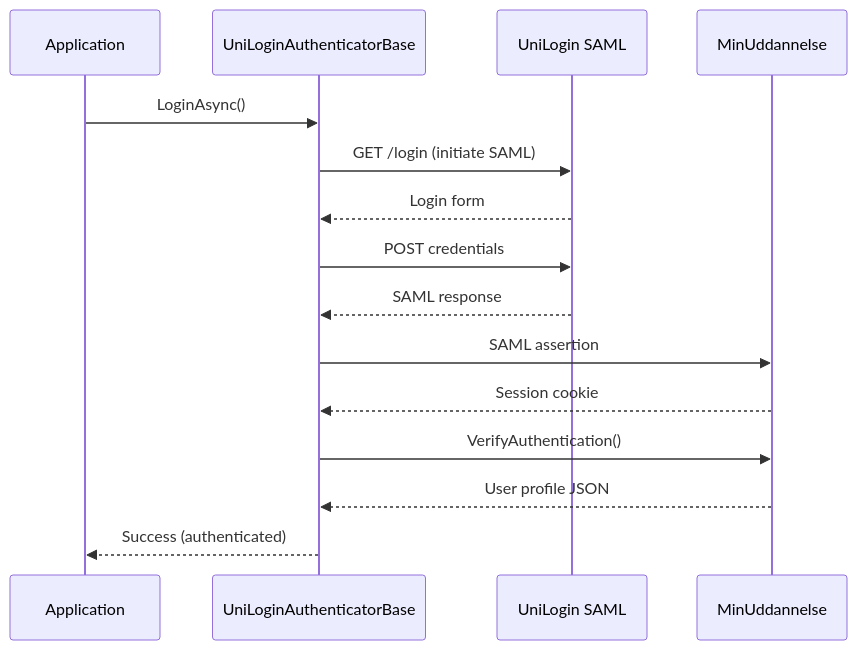
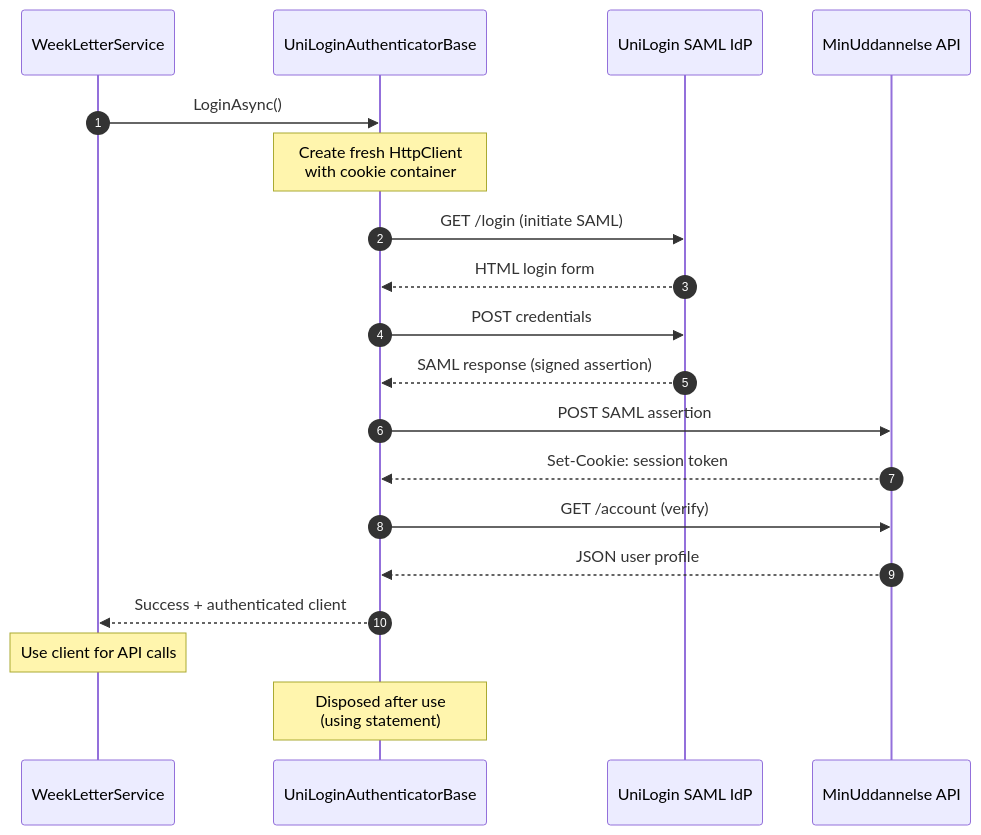
The third of 10 diagrams in doc/ARCHITECTURE.md (Hoejsgaard/aula), drawn with Mermaid before and after one commit. The commit also changed other lines of this file and 5 other files, not shown here.

````diff
--- a/doc/ARCHITECTURE.md
+++ b/doc/ARCHITECTURE.md
@@ -120,18 +243,28 @@
 ```mermaid
 sequenceDiagram
-    participant App as Application
+    autonumber
+    participant App as WeekLetterService
     participant Auth as UniLoginAuthenticatorBase
-    participant UniLogin as UniLogin SAML
-    participant MinUdd as MinUddannelse
+    participant UL as UniLogin SAML IdP
+    participant MinUdd as MinUddannelse API
 
     App->>Auth: LoginAsync()
-    Auth->>UniLogin: GET /login (initiate SAML)
-    UniLogin-->>Auth: Login form
-    Auth->>UniLogin: POST credentials
-    UniLogin-->>Auth: SAML response
-    Auth->>MinUdd: SAML assertion
-    MinUdd-->>Auth: Session cookie
-    Auth->>MinUdd: VerifyAuthentication()
-    MinUdd-->>Auth: User profile JSON
-    Auth-->>App: Success (authenticated)
+    Note over Auth: Create fresh HttpClient<br/>with cookie container
+
+    Auth->>UL: GET /login (initiate SAML)
+    UL-->>Auth: HTML login form
+
+    Auth->>UL: POST credentials
+    UL-->>Auth: SAML response (signed assertion)
+
+    Auth->>MinUdd: POST SAML assertion
+    MinUdd-->>Auth: Set-Cookie: session token
+
+    Auth->>MinUdd: GET /account (verify)
+    MinUdd-->>Auth: JSON user profile
+
+    Auth-->>App: Success + authenticated client
+
+    Note over App: Use client for API calls
+    Note over Auth: Disposed after use<br/>(using statement)
 ```
````
